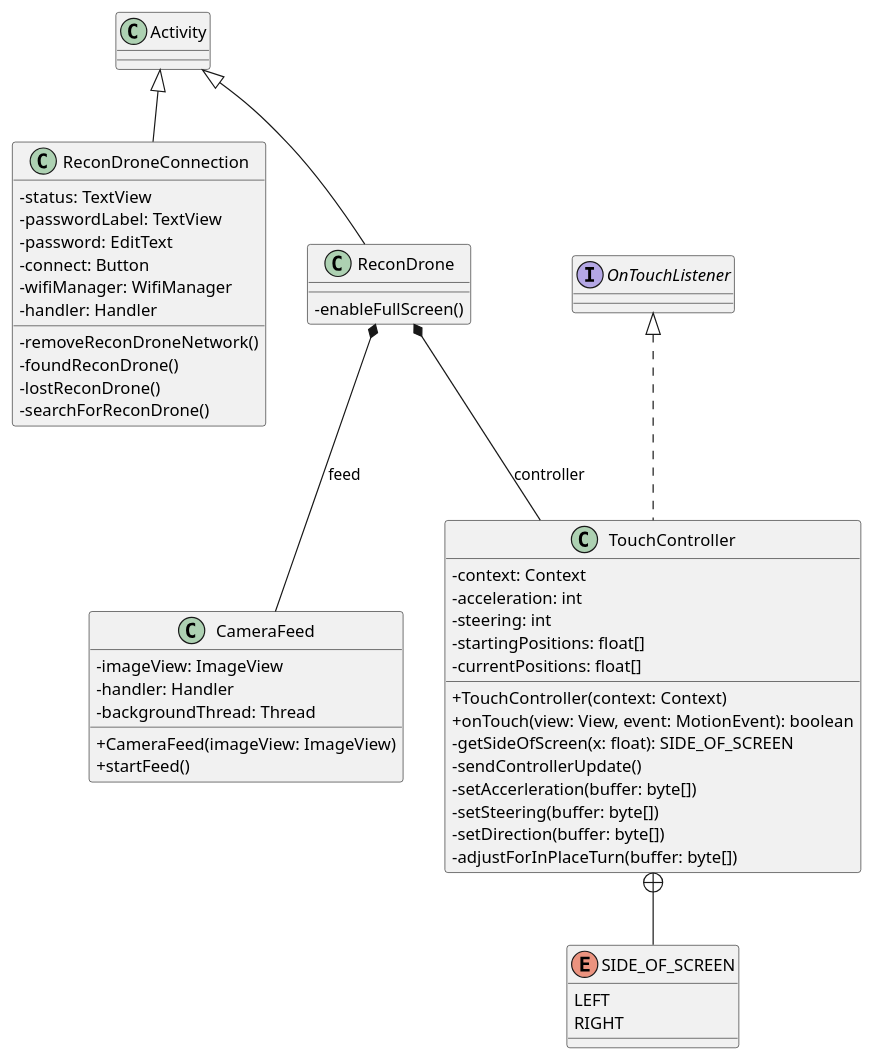
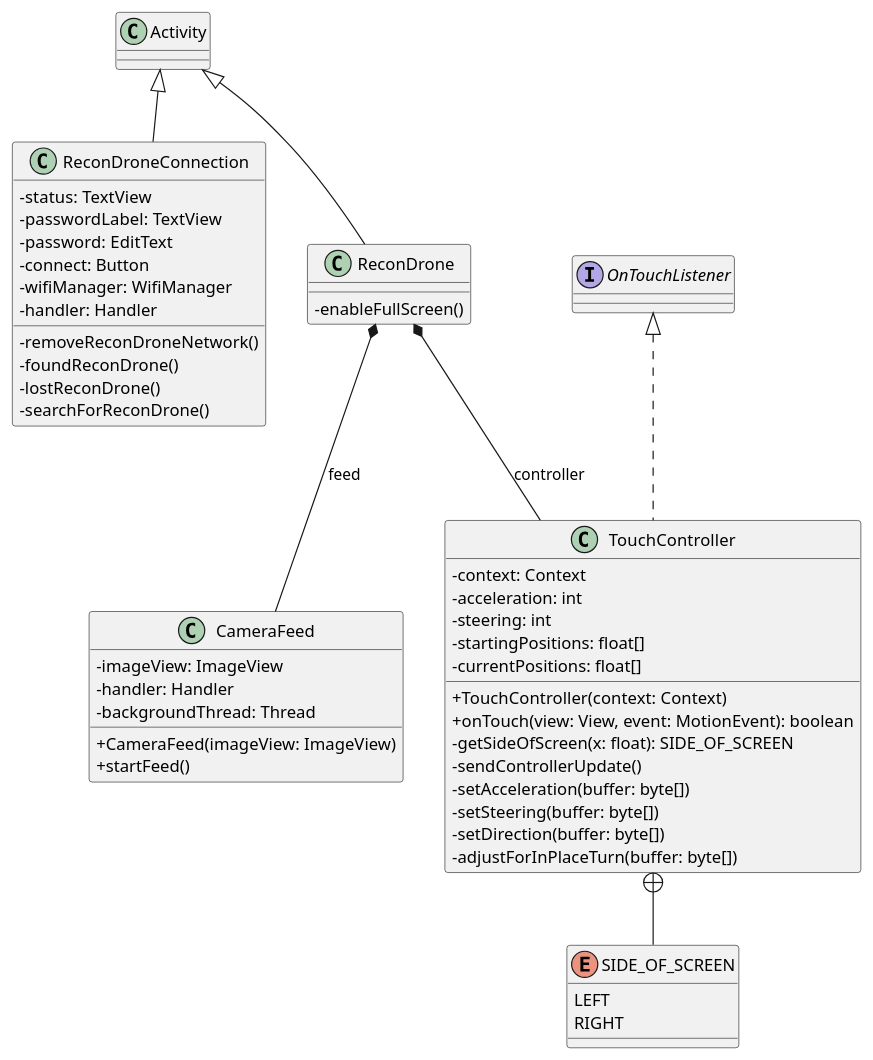
The diagram in doc/androidapp.adoc (MHaselmaier/modular-recon-drone), drawn with PlantUML before and after one commit. The commit also changed other lines of this file and 5 other files, not shown here.

```diff
--- a/doc/androidapp.adoc
+++ b/doc/androidapp.adoc
@@ -26,51 +38,51 @@
-[plantuml, diagram-classes, png]     
+[plantuml, diagram-classes, png, align="center"]     
 ....
 @startuml
 skinparam classAttributeIconSize 0
 class ReconDroneConnection extends Activity {
     - status: TextView
     - passwordLabel: TextView
     - password: EditText
     - connect: Button
     - wifiManager: WifiManager
     - handler: Handler
     - removeReconDroneNetwork()
     - foundReconDrone()
     - lostReconDrone()
     - searchForReconDrone()
 }
 class ReconDrone extends Activity {
     - enableFullScreen()
 }
 class TouchController implements OnTouchListener {
     - context: Context
     - acceleration: int
     - steering: int
     - startingPositions: float[]
     - currentPositions: float[]
     + TouchController(context: Context)
     + onTouch(view: View, event: MotionEvent): boolean
     - getSideOfScreen(x: float): SIDE_OF_SCREEN
     - sendControllerUpdate()
-    - setAccerleration(buffer: byte[])
+    - setAcceleration(buffer: byte[])
     - setSteering(buffer: byte[])
     - setDirection(buffer: byte[])
     - adjustForInPlaceTurn(buffer: byte[])
 }
 enum SIDE_OF_SCREEN {
     LEFT
     RIGHT
 }
 class CameraFeed {
     - imageView: ImageView
     - handler: Handler
     - backgroundThread: Thread
     + CameraFeed(imageView: ImageView)
     + startFeed()
 }
 
 ReconDrone *-- TouchController : controller
 TouchController +-- SIDE_OF_SCREEN
 ReconDrone *-- CameraFeed : feed
 @enduml
 ....
```
